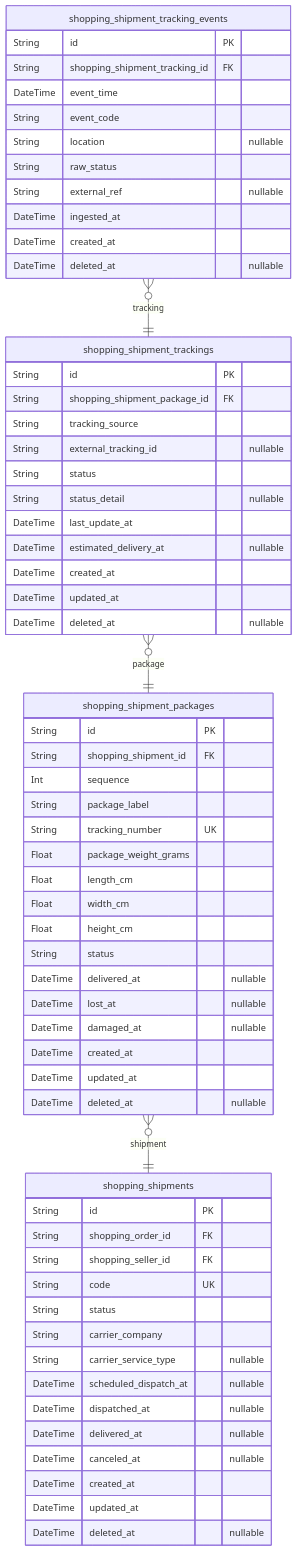
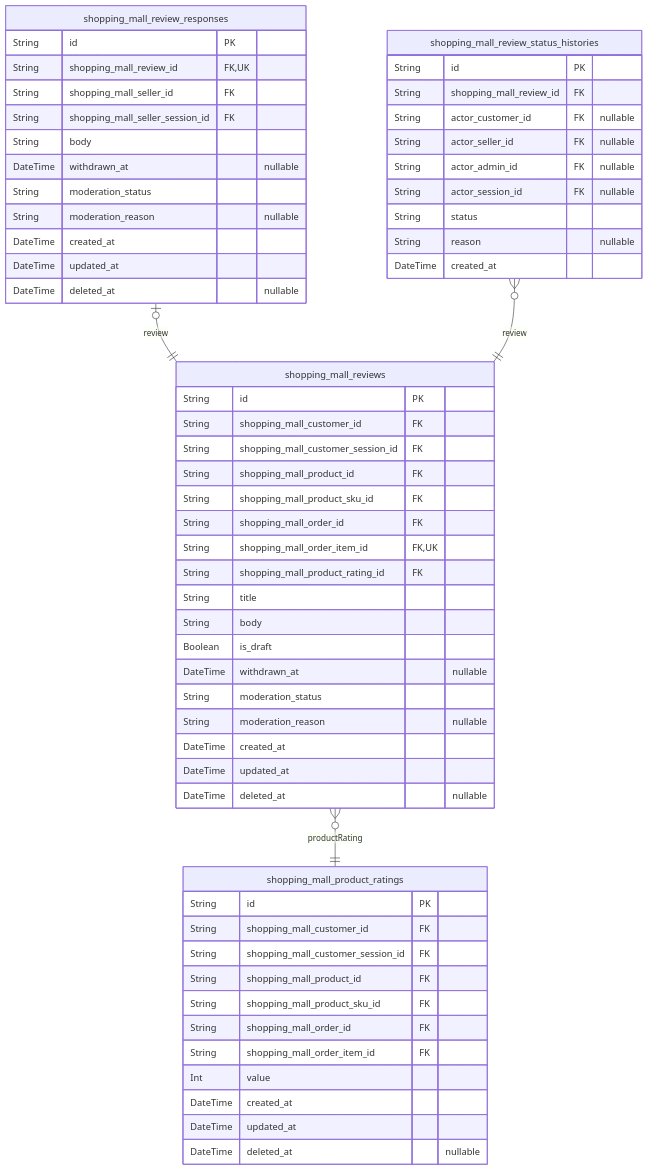
One commit to wrtnlabs/autobe-examples changed the seventh of 10 diagrams in openai/gpt-4.1/shopping/docs/ERD.md. Above: the diagram before and after it, drawn with Mermaid. The commit also changed other lines of this file and 22498 other files, not shown here.

````diff
--- a/openai/gpt-4.1/shopping/docs/ERD.md
+++ b/openai/gpt-4.1/shopping/docs/ERD.md
@@ -1638,65 +1312,62 @@
 ```mermaid
 erDiagram
-"shopping_shipments" {
+"shopping_mall_reviews" {
   String id PK
-  String shopping_order_id FK
-  String shopping_seller_id FK
-  String code UK
-  String status
-  String carrier_company
-  String carrier_service_type "nullable"
-  DateTime scheduled_dispatch_at "nullable"
-  DateTime dispatched_at "nullable"
-  DateTime delivered_at "nullable"
-  DateTime canceled_at "nullable"
+  String shopping_mall_customer_id FK
+  String shopping_mall_customer_session_id FK
+  String shopping_mall_product_id FK
+  String shopping_mall_product_sku_id FK
+  String shopping_mall_order_id FK
+  String shopping_mall_order_item_id FK,UK
+  String shopping_mall_product_rating_id FK
+  String title
+  String body
+  Boolean is_draft
+  DateTime withdrawn_at "nullable"
+  String moderation_status
+  String moderation_reason "nullable"
   DateTime created_at
   DateTime updated_at
   DateTime deleted_at "nullable"
 }
-"shopping_shipment_packages" {
+"shopping_mall_review_responses" {
   String id PK
-  String shopping_shipment_id FK
-  Int sequence
-  String package_label
-  String tracking_number UK
-  Float package_weight_grams
-  Float length_cm
-  Float width_cm
-  Float height_cm
-  String status
-  DateTime delivered_at "nullable"
-  DateTime lost_at "nullable"
-  DateTime damaged_at "nullable"
+  String shopping_mall_review_id FK,UK
+  String shopping_mall_seller_id FK
+  String shopping_mall_seller_session_id FK
+  String body
+  DateTime withdrawn_at "nullable"
+  String moderation_status
+  String moderation_reason "nullable"
   DateTime created_at
   DateTime updated_at
   DateTime deleted_at "nullable"
 }
-"shopping_shipment_trackings" {
+"shopping_mall_product_ratings" {
   String id PK
-  String shopping_shipment_package_id FK
-  String tracking_source
-  String external_tracking_id "nullable"
-  String status
-  String status_detail "nullable"
-  DateTime last_update_at
-  DateTime estimated_delivery_at "nullable"
+  String shopping_mall_customer_id FK
+  String shopping_mall_customer_session_id FK
+  String shopping_mall_product_id FK
+  String shopping_mall_product_sku_id FK
+  String shopping_mall_order_id FK
+  String shopping_mall_order_item_id FK
+  Int value
   DateTime created_at
   DateTime updated_at
   DateTime deleted_at "nullable"
 }
-"shopping_shipment_tracking_events" {
+"shopping_mall_review_status_histories" {
   String id PK
-  String shopping_shipment_tracking_id FK
-  DateTime event_time
-  String event_code
-  String location "nullable"
-  String raw_status
-  String external_ref "nullable"
-  DateTime ingested_at
+  String shopping_mall_review_id FK
+  String actor_customer_id FK "nullable"
+  String actor_seller_id FK "nullable"
+  String actor_admin_id FK "nullable"
+  String actor_session_id FK "nullable"
+  String status
+  String reason "nullable"
   DateTime created_at
-  DateTime deleted_at "nullable"
 }
-"shopping_shipment_packages" }o--|| "shopping_shipments" : shipment
-"shopping_shipment_trackings" }o--|| "shopping_shipment_packages" : package
-"shopping_shipment_tracking_events" }o--|| "shopping_shipment_trackings" : tracking
+"shopping_mall_reviews" }o--|| "shopping_mall_product_ratings" : productRating
+"shopping_mall_review_responses" |o--|| "shopping_mall_reviews" : review
+"shopping_mall_review_status_histories" }o--|| "shopping_mall_reviews" : review
 ```
````
